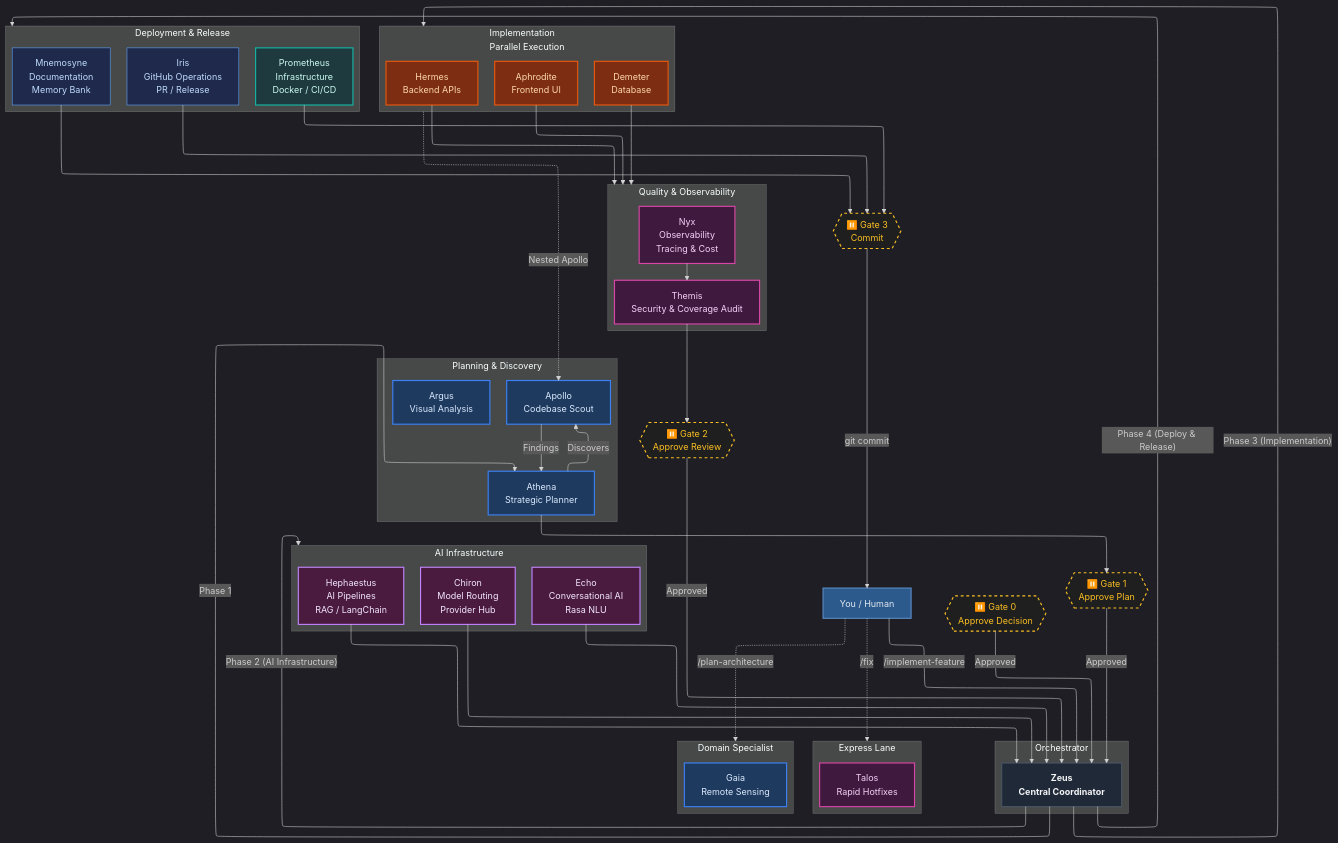
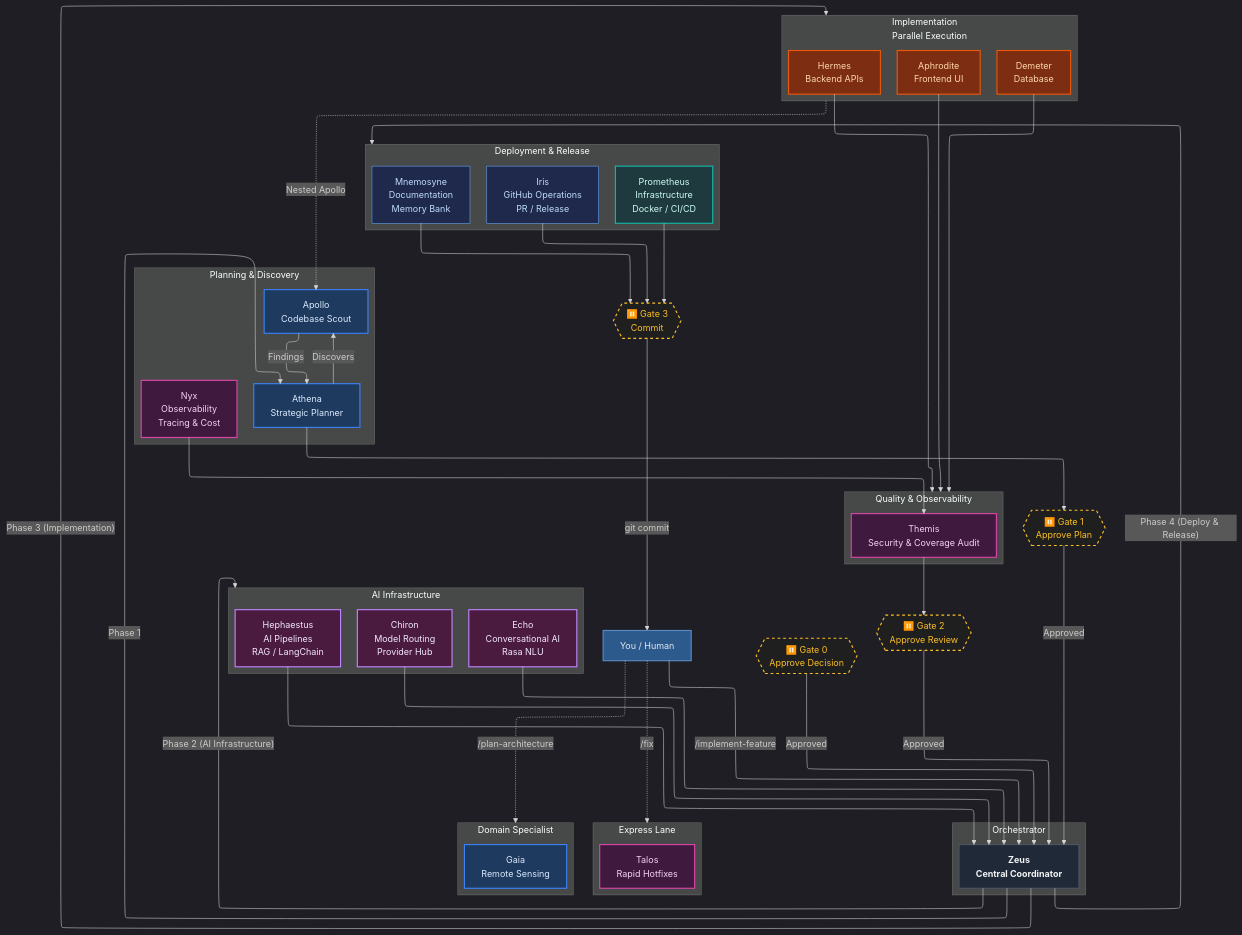
One commit to ils15/pantheon changed the first of 2 diagrams in README.md. Above: the diagram before and after it, drawn with Mermaid. The commit also changed other lines of this file and 189 other files, not shown here.

```diff
--- a/README.md
+++ b/README.md
@@ -107,7 +107,7 @@
 
         Athena["Athena<br/>Strategic Planner"]:::planner
         Apollo["Apollo<br/>Codebase Scout"]:::planner
-        Argus["Argus<br/>Visual Analysis"]:::planner
+        Nyx["Nyx<br/>Observability"]:::planner
     end
 
     subgraph AI["AI Infrastructure"]
```
